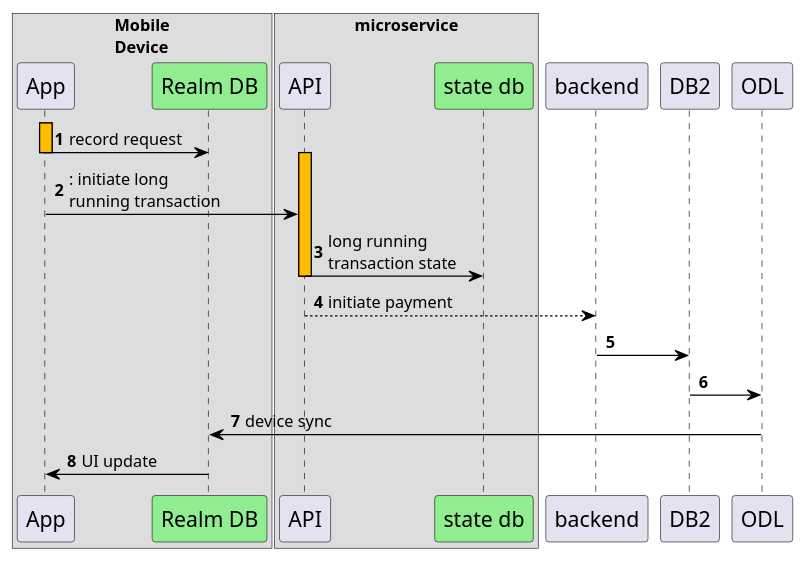
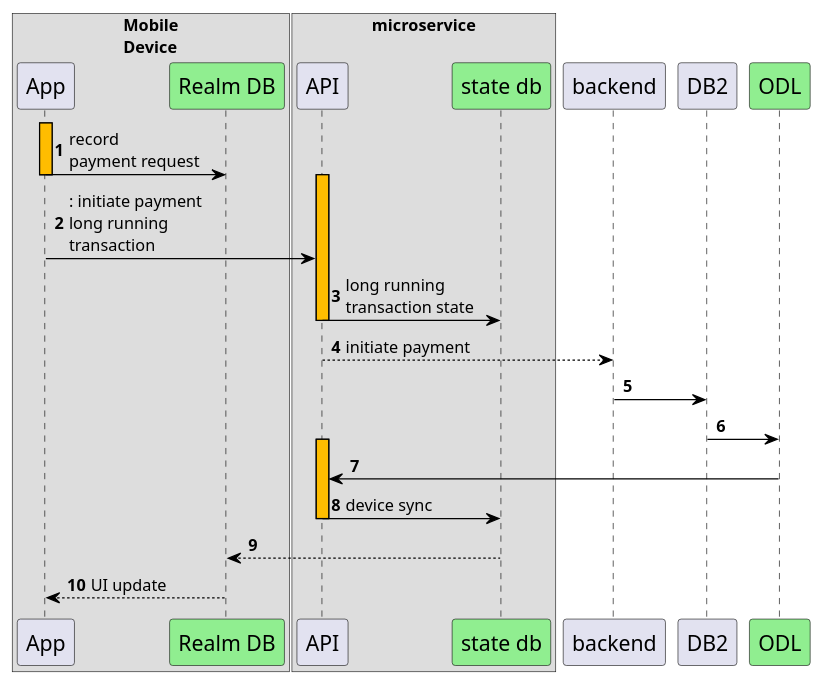
Before and after one commit to spullepu/FSI: the diagram in mongoDBOLD.puml, drawn with PlantUML.

Commit message:
fixed naming and bugs

```diff
--- a/mongoDBOLD.puml
+++ b/mongoDBOLD.puml
@@ -1,80 +1,86 @@
 skinparam headerFontSize 40
 skinparam HeaderFontColor black
 'header Mobile Payments (Happy Path)
 skinparam sequence {
     ArrowColor black
     LifeLineBorderColor black
     LifeLineBackgroundColor black
     LifeLineBorderColor black
     LifeLineBackgroundColor #ffbd00
 
     'ParticipantBorderColor #lightgreen
     'ParticipantBackgroundColor #lightgreen
     ParticipantFontName "Arial"
     ParticipantFontSize 17
     ParticipantFontColor black
     'ParticipantMargin 30 '\n Heritage service
 
     ActorBorderColor black
     ActorBackgroundColor #black
 }
 
 autonumber 1
 box "Mobile\nDevice"
 participant "App" as a
 participant "Realm DB" as realm #lightgreen
 end box
 box "microservice"
 participant "API" as b 
 participant "state db" as microdb #lightgreen
 end box
 'participant "Kafka/Azure Event Hub/AWS Kiensis " as c
 'box "Databricks" '#LightSlateGray
 'box "Databricks" 
 'participant "mlFlow" as f
 'participant "Delta Lake" as g
 'end box
 'participant "Fraud Monitoring" as h
 
 'participant "Atlas:ODS" as d #lightgreen 
 
 'participant "Realm Sync App" as e #lightgreen 
 
 activate a
-a->realm: record request
+a->realm: record\npayment request
 deactivate a
 activate b
-a->b: : initiate long\nrunning transaction
+a->b: : initiate payment\nlong running\ntransaction
 b->microdb: long running\ntransaction state
 deactivate b
 b-->backend: initiate payment
 backend->DB2
+participant "ODL" as ODL #lightgreen
 DB2->ODL
-ODL->realm: device sync
-realm->a: UI update
+activate b
+ODL->b
+b->microdb: device sync
+deactivate b
+
+microdb-->realm
+realm-->a: UI update
 
 'b->c: new trasnsaction event
 'c-[#blue]>g: insert raw transactions
 'activate g
 
 'g->g: Geospatial clustering 
 'g->g: determine user behaviour
 'g-[#green]>d: insert user behavior data
 'c-[#blue]>f: insert raw transactions
 
 'deactivate g
 'note left: 3 & 7 are parallel activities
 
 'activate f
 
 'f->f: update model, generate new reference data points
 'f-[#green]>d: periodically push new reference data \n import com.mongodb.spark._
 'f->d: find if there is a match \n db.tiles.find({"user": "Antoine", "tile": "8A2A1008916FFFF"})
 'deactivate f
 'alt  if there is a match (transaction is fraudulent)
 'd->h: trigger change stream 
 'h->h: create a case
 
 'd->e:  trigger change stream
 'e->a: transaction failed message
 'end
```
